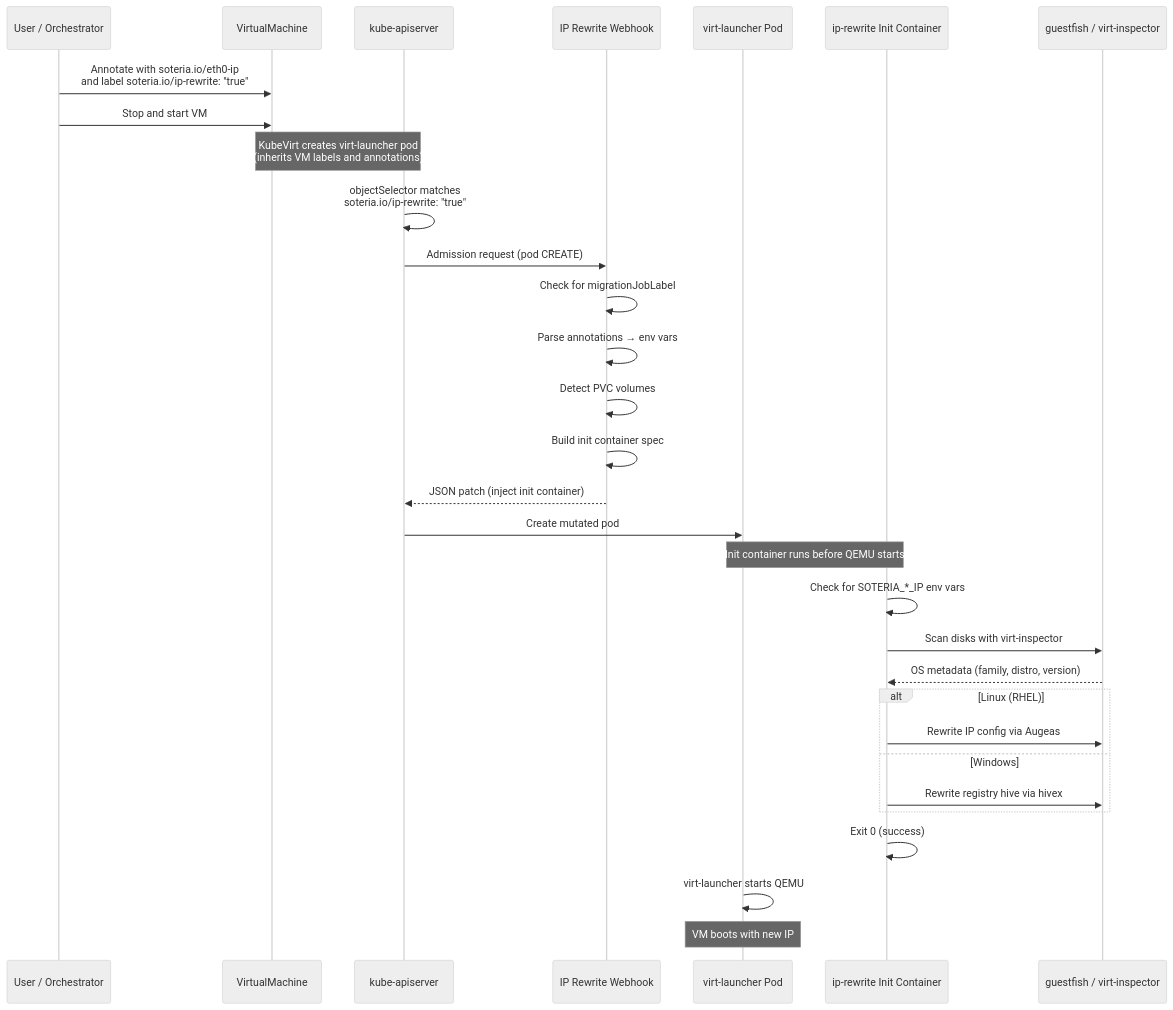
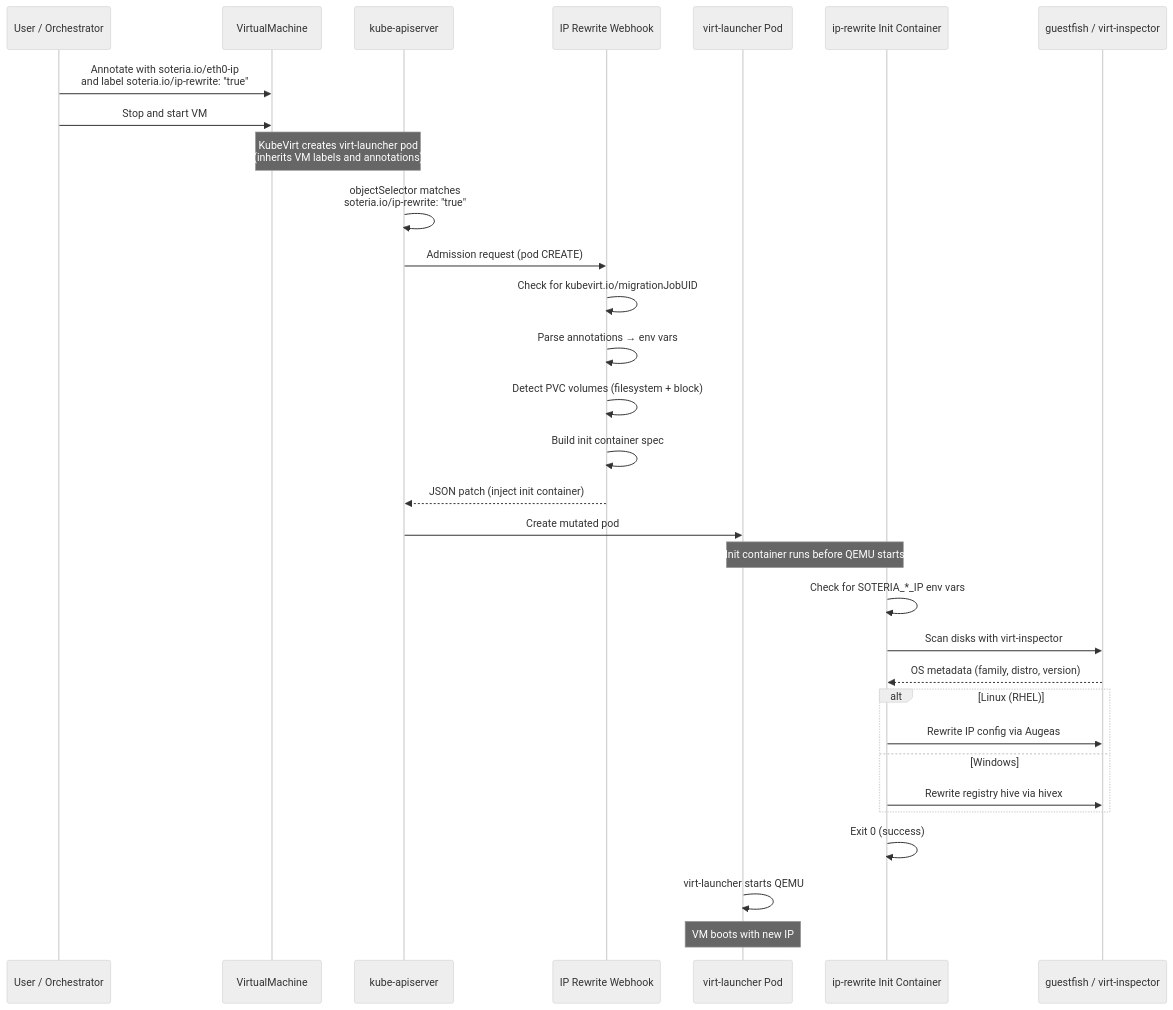
Before and after one commit to raffaelespazzoli/soteria: the diagram in docs/architecture/ip-rewrite.md, drawn with Mermaid (neutral theme). The commit also changed other lines of this file and 1 other file, not shown here.

````diff
--- a/docs/architecture/ip-rewrite.md
+++ b/docs/architecture/ip-rewrite.md
@@ -117,43 +135,43 @@
 ```mermaid
 sequenceDiagram
   participant User as User / Orchestrator
   participant VM as VirtualMachine
   participant KubeAPI as kube-apiserver
   participant Webhook as IP Rewrite Webhook
   participant Pod as virt-launcher Pod
   participant Init as ip-rewrite Init Container
   participant GuestFS as guestfish / virt-inspector
 
   User->>VM: Annotate with soteria.io/eth0-ip<br/>and label soteria.io/ip-rewrite: "true"
   User->>VM: Stop and start VM
 
   Note over VM,KubeAPI: KubeVirt creates virt-launcher pod<br/>(inherits VM labels and annotations)
 
   KubeAPI->>KubeAPI: objectSelector matches<br/>soteria.io/ip-rewrite: "true"
   KubeAPI->>Webhook: Admission request (pod CREATE)
 
-  Webhook->>Webhook: Check for migrationJobLabel
+  Webhook->>Webhook: Check for kubevirt.io/migrationJobUID
   Webhook->>Webhook: Parse annotations → env vars
-  Webhook->>Webhook: Detect PVC volumes
+  Webhook->>Webhook: Detect PVC volumes (filesystem + block)
   Webhook->>Webhook: Build init container spec
 
   Webhook-->>KubeAPI: JSON patch (inject init container)
   KubeAPI->>Pod: Create mutated pod
 
   Note over Pod,Init: Init container runs before QEMU starts
 
   Init->>Init: Check for SOTERIA_*_IP env vars
   Init->>GuestFS: Scan disks with virt-inspector
 
   GuestFS-->>Init: OS metadata (family, distro, version)
 
   alt Linux (RHEL)
     Init->>GuestFS: Rewrite IP config via Augeas
   else Windows
     Init->>GuestFS: Rewrite registry hive via hivex
   end
 
   Init->>Init: Exit 0 (success)
   Pod->>Pod: virt-launcher starts QEMU
   Note over Pod: VM boots with new IP
 ```
````
